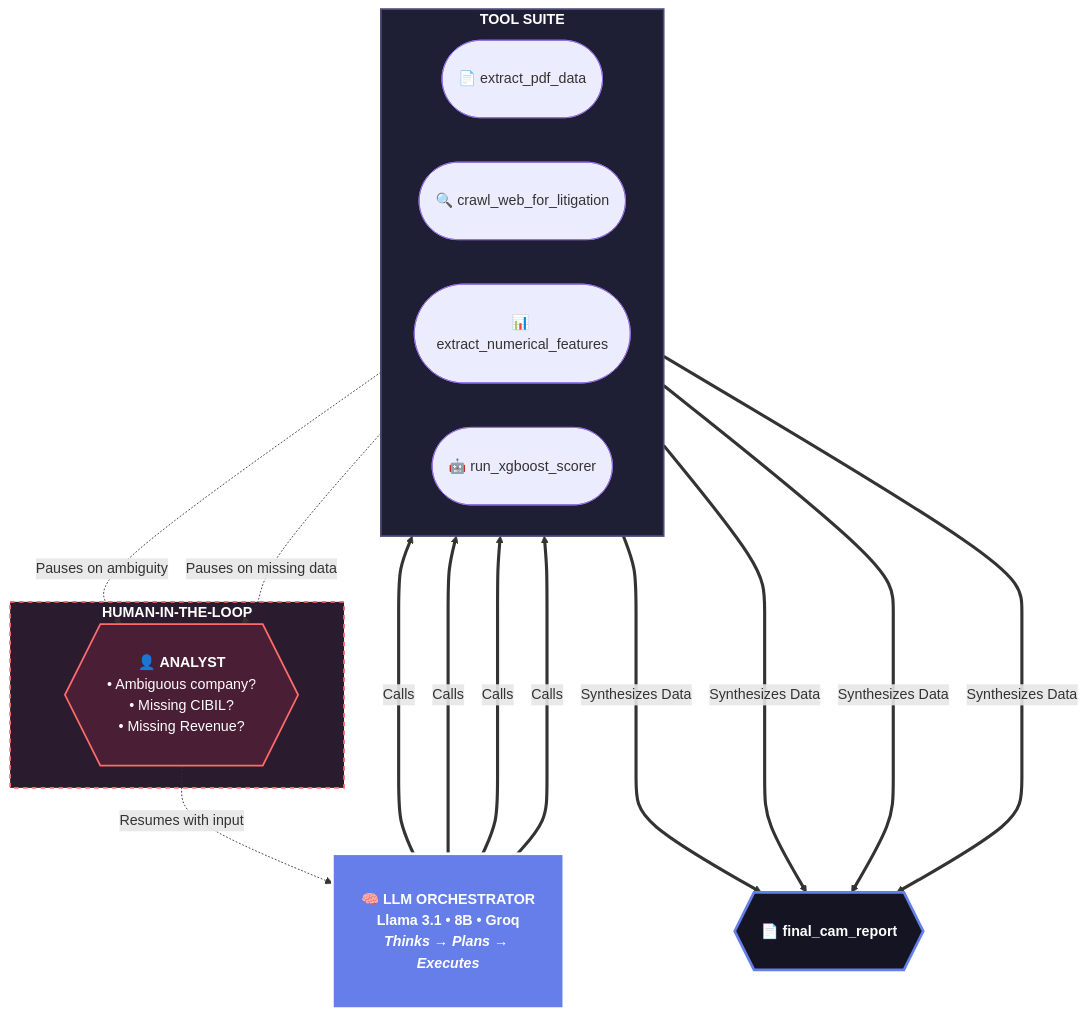
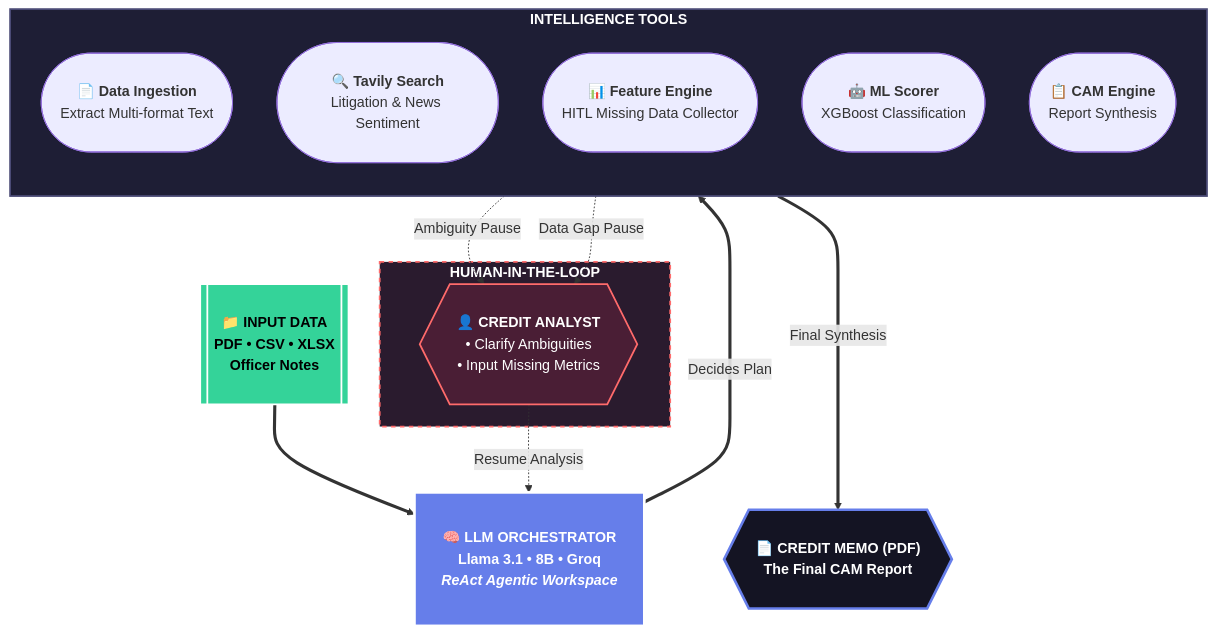
The diagram in README.md (ShivamMaurya14/Credi-Mitra), drawn with Mermaid before and after one commit. The commit also changed other lines of this file, not shown here.

Commit message:
docs: update system architecture and features in README

````diff
--- a/README.md
+++ b/README.md
@@ -38,41 +38,44 @@
 ```mermaid
 flowchart TD
     %% Global Style
     classDef default font-size:16px,padding:15px;
     
-    %% Nodes
-    A["🧠 <b>LLM ORCHESTRATOR</b><br/>Llama 3.1 • 8B • Groq<br/><i>Thinks → Plans → Executes</i>"]
+    %% Input Layer
+    IN[["📁 <b>INPUT DATA</b><br/>PDF • CSV • XLSX<br/>Officer Notes"]]
     
-    subgraph ToolSuite ["<b>TOOL SUITE</b>"]
-        direction LR
-        B(["📄 extract_pdf_data"])
-        C(["🔍 crawl_web_for_litigation"])
-        D(["📊 extract_numerical_features"])
-        E(["🤖 run_xgboost_scorer"])
+    %% Orchestration Layer
+    A["🧠 <b>LLM ORCHESTRATOR</b><br/>Llama 3.1 • 8B • Groq<br/><i>ReAct Agentic Workspace</i>"]
+    
+    subgraph ToolSuite ["<b>INTELLIGENCE TOOLS</b>"]
+        direction TB
+        B(["📄 <b>Data Ingestion</b><br/>Extract Multi-format Text"])
+        C(["🔍 <b>Tavily Search</b><br/>Litigation & News Sentiment"])
+        D(["📊 <b>Feature Engine</b><br/>HITL Missing Data Collector"])
+        E(["🤖 <b>ML Scorer</b><br/>XGBoost Classification"])
+        G(["📋 <b>CAM Engine</b><br/>Report Synthesis"])
     end
     
     subgraph UI ["<b>HUMAN-IN-THE-LOOP</b>"]
-        H{{"👤 <b>ANALYST</b><br/>• Ambiguous company?<br/>• Missing CIBIL? <br/>• Missing Revenue?"}}
+        H{{"👤 <b>CREDIT ANALYST</b><br/>• Clarify Ambiguities<br/>• Input Missing Metrics"}}
     end
 
-    F{{"📄 <b>final_cam_report</b>"}}
+    F{{"📄 <b>CREDIT MEMO (PDF)</b><br/>The Final CAM Report"}}
 
     %% Flow
-    A ==>|" Calls"| B
-    A ==>|" Calls"| C
-    A ==>|" Calls"| D
-    A ==>|" Calls"| E
+    IN ==> A
+    A ==>|"Decides Plan"| ToolSuite
     
-    C -.->|" Pauses on ambiguity"| H
-    D -.->|" Pauses on missing data"| H
-    H -.->|" Resumes with input"| A
+    C -.->|"Ambiguity Pause"| H
+    D -.->|"Data Gap Pause"| H
+    H -.->|"Resume Analysis"| A
     
-    B & C & D & E ===>|" Synthesizes Data"| F
+    ToolSuite ===>|"Final Synthesis"| F
 
     %% Styling
     style A fill:#667eea,stroke:#fff,stroke-width:3px,color:#fff,font-weight:bold
     style ToolSuite fill:#1e1e35,stroke:#4a4a75,stroke-width:2px,color:#fff
     style UI fill:#2a1b2e,stroke:#ff6b6b,stroke-width:2px,stroke-dasharray: 5 5,color:#fff
     style H fill:#4a1e35,stroke:#ff6b6b,stroke-width:2px,color:#fff
     style F fill:#141423,stroke:#667eea,stroke-width:3px,color:#fff,font-weight:bold
+    style IN fill:#34d399,stroke:#fff,stroke-width:2px,color:#000,font-weight:bold
 ```
````
